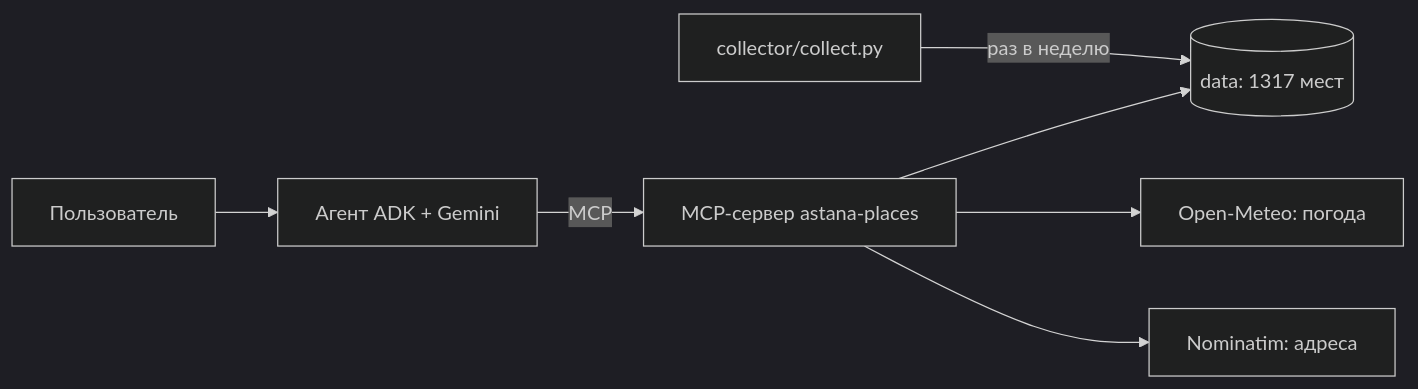
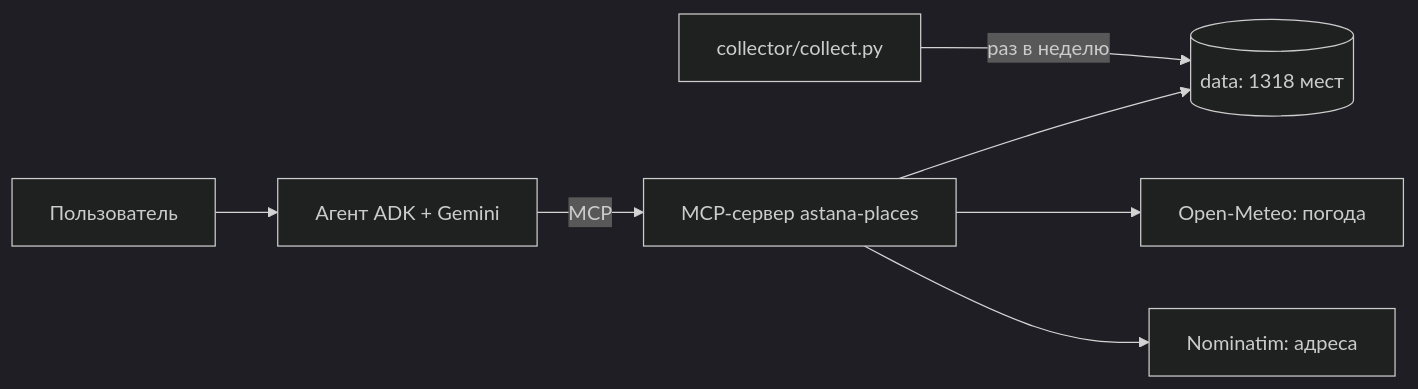
Before and after one commit to Rizat192/astana-walk-guide: the diagram in README.md, drawn with Mermaid (dark theme). The commit also changed other lines of this file and 10 other files, not shown here.

````diff
--- a/README.md
+++ b/README.md
@@ -16,9 +16,9 @@
 ```mermaid
 flowchart LR
-    C["collector/collect.py"] -->|раз в неделю| D[("data: 1317 мест")]
+    C["collector/collect.py"] -->|раз в неделю| D[("data: 1318 мест")]
     U["Пользователь"] --> A["Агент ADK + Gemini"]
     A -->|MCP| S["MCP-сервер astana-places"]
     S --> D
     S --> W["Open-Meteo: погода"]
     S --> N["Nominatim: адреса"]
 ```
````
